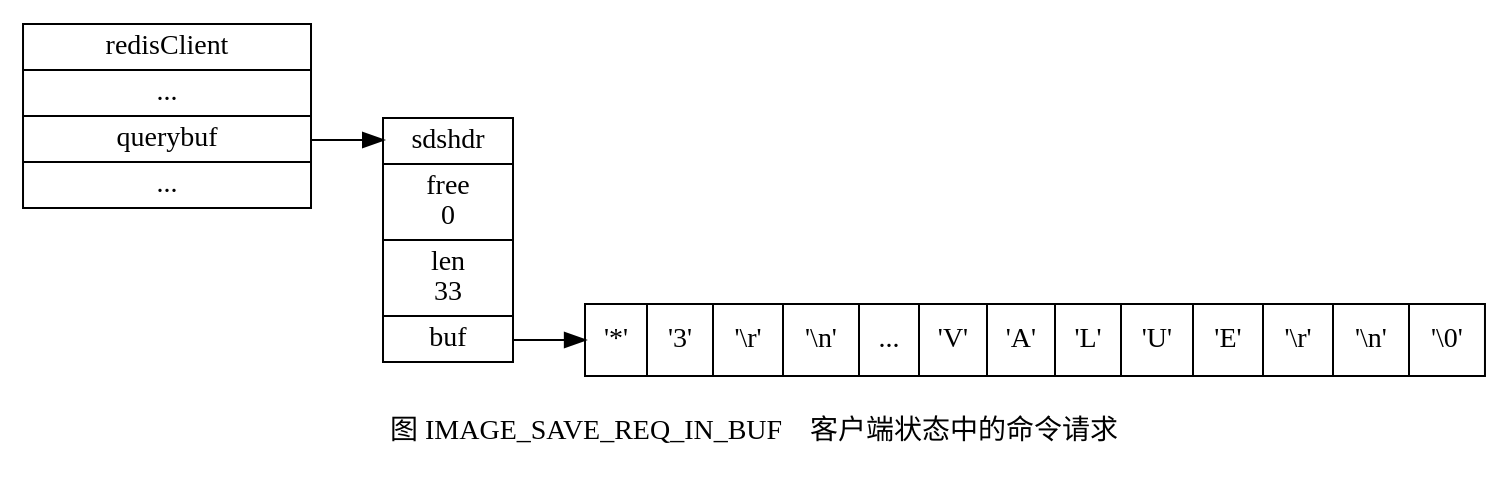
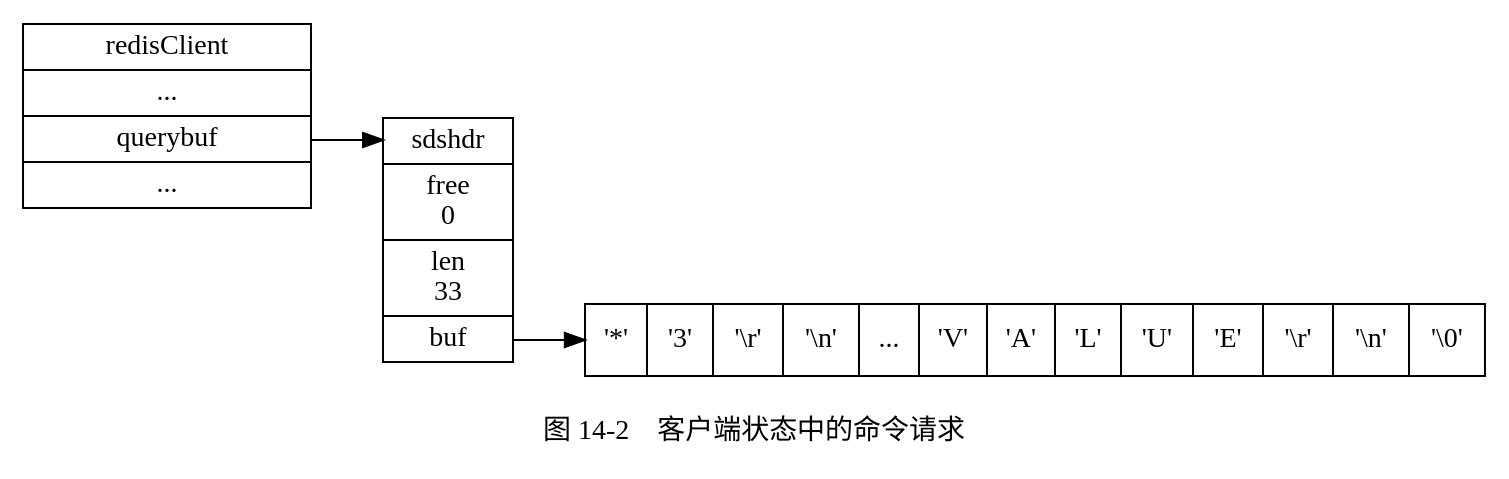
Before and after one commit to huangzworks/redisbook1e: the second of 8 diagrams in preview/server/execute_command.rst, drawn with Graphviz. The commit also changed other lines of this file and 2 other files, not shown here.

```diff
--- a/preview/server/execute_command.rst
+++ b/preview/server/execute_command.rst
@@ -106,25 +106,25 @@
 .. graphviz::
 
     digraph {
 
-        label = "\n 图 IMAGE_SAVE_REQ_IN_BUF    客户端状态中的命令请求";
+        label = "\n 图 14-2    客户端状态中的命令请求";
 
         rankdir = LR;
 
         //
 
         node [shape = record];
 
         client [label = " redisClient | ... | <querybuf> querybuf | ... ", width = 2];
 
         sdshdr [label = " <head> sdshdr | free \n 0 | len \n 33 | <buf> buf "];
 
         buf [label = " { '*' | '3' | '\\r' | '\\n' | ... | 'V' | 'A' | 'L' | 'U' | 'E' | '\\r' | '\\n' | '\\0' } "];
 
         //
 
         client:querybuf -> sdshdr:head;
 
         sdshdr:buf -> buf;
     
     }
```
